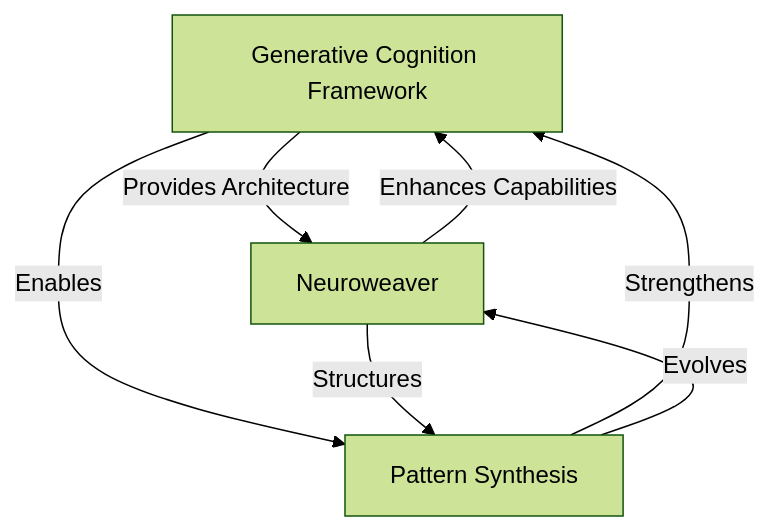
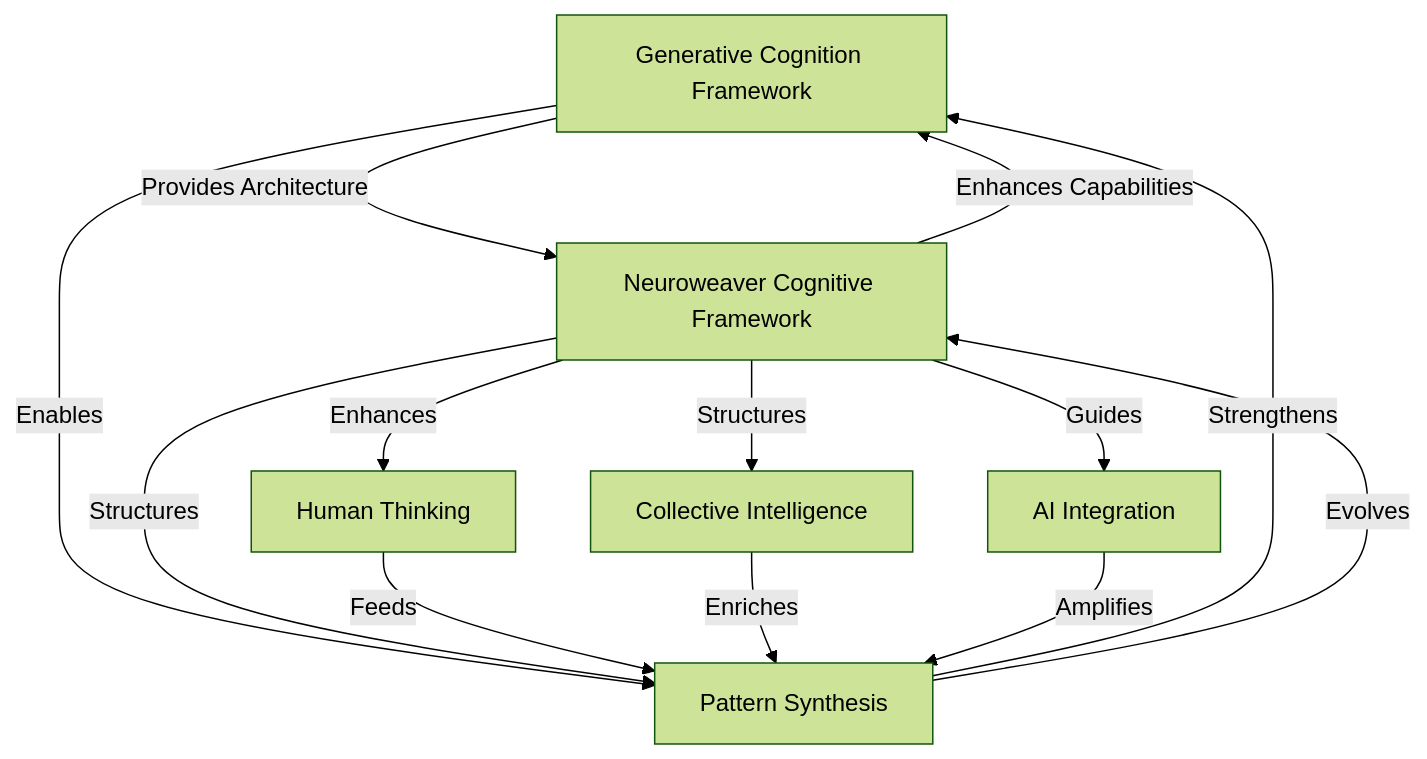
Before and after one commit to phillipclapham/neuroweaver: the first of 5 diagrams in README.md, drawn with Mermaid (forest theme). The commit also changed other lines of this file, not shown here.

````diff
--- a/README.md
+++ b/README.md
@@ -138,9 +144,17 @@
 ```mermaid
 graph TD
-    GCF[Generative Cognition Framework] -->|Provides Architecture| NW[Neuroweaver]
-    NW -->|Enhances Capabilities| GCF
+    GCF[Generative Cognition Framework] -->|Provides Architecture| NCF[Neuroweaver Cognitive Framework]
+    NCF -->|Enhances Capabilities| GCF
     GCF -->|Enables| PS[Pattern Synthesis]
-    NW -->|Structures| PS
+    NCF -->|Structures| PS
     PS -->|Strengthens| GCF
-    PS -->|Evolves| NW
+    PS -->|Evolves| NCF
+    
+    NCF -->|Enhances| HT[Human Thinking]
+    NCF -->|Structures| CI[Collective Intelligence]
+    NCF -->|Guides| AI[AI Integration]
+    
+    HT -->|Feeds| PS
+    CI -->|Enriches| PS
+    AI -->|Amplifies| PS
 ```
````
